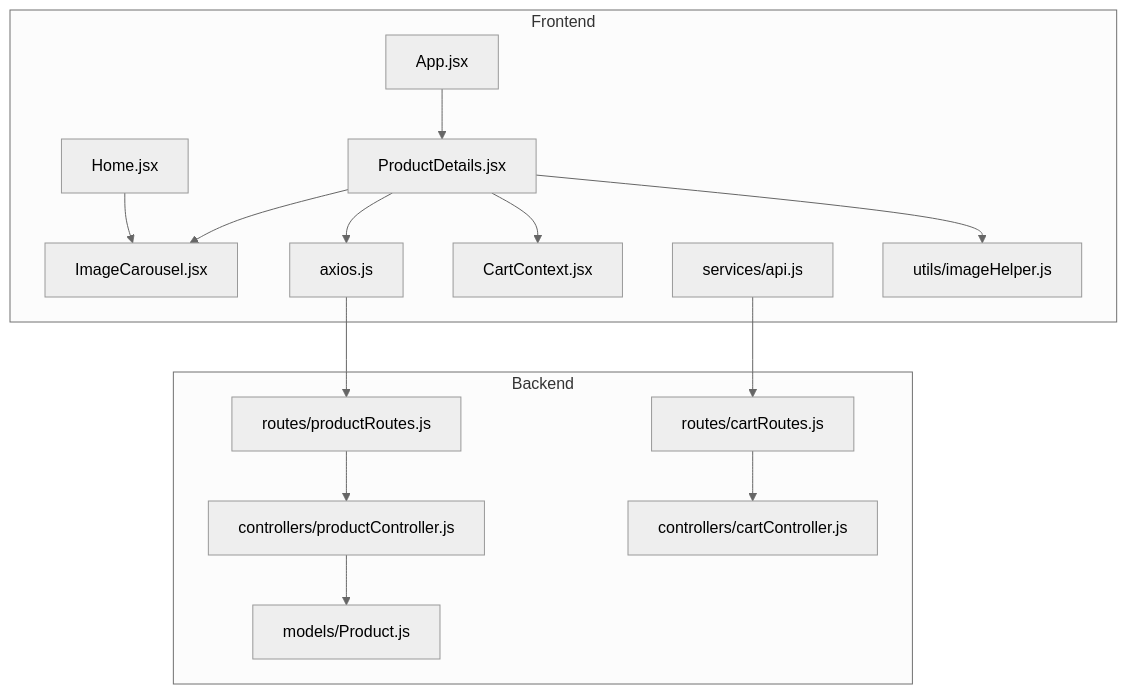
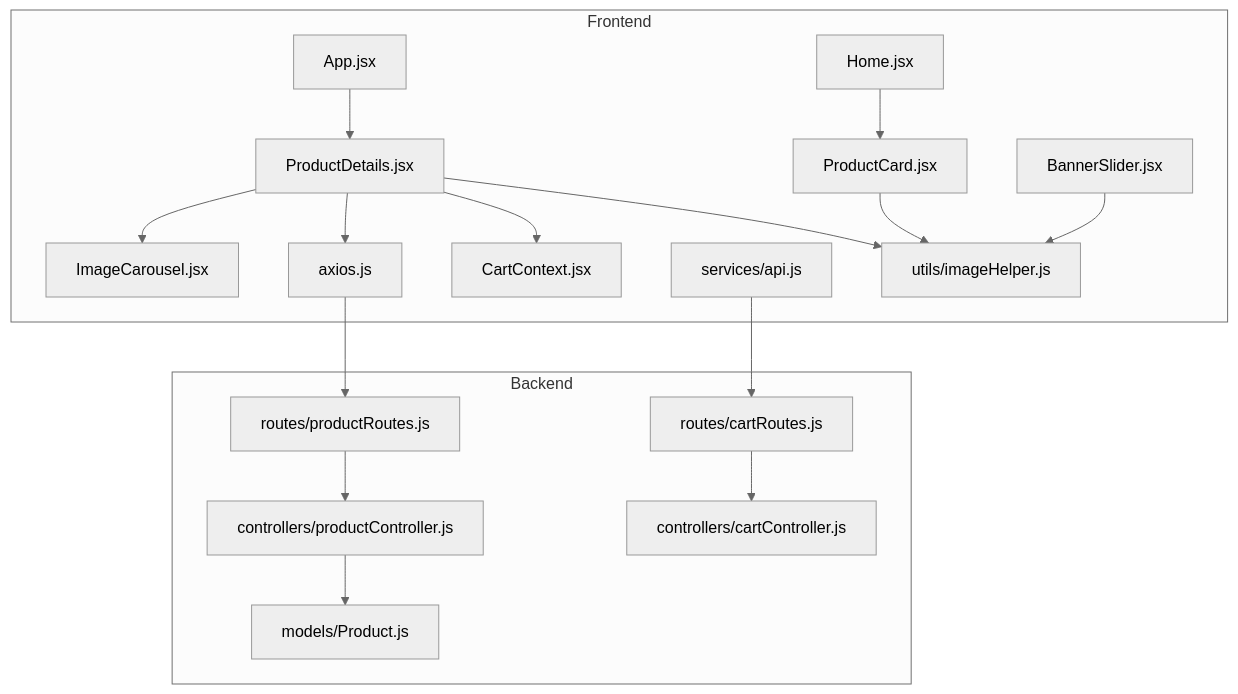
Before and after one commit to Pavan-PSPK9032/TrendsandToss: the first of 5 diagrams in .qoder/repowiki/en/content/Shopping Experience/Product Details & Selection.md, drawn with Mermaid (neutral theme). The commit also changed other lines of this file and 16 other files, not shown here.

````diff
--- a/.qoder/repowiki/en/content/Shopping Experience/Product Details & Selection.md
+++ b/.qoder/repowiki/en/content/Shopping Experience/Product Details & Selection.md
@@ -39,31 +49,35 @@
 ```mermaid
 graph TB
 subgraph "Frontend"
 PD["ProductDetails.jsx"]
 IC["ImageCarousel.jsx"]
 AX["axios.js"]
 CTX["CartContext.jsx"]
 API["services/api.js"]
 IMGU["utils/imageHelper.js"]
 APP["App.jsx"]
 HOME["Home.jsx"]
+PS["ProductCard.jsx"]
+BS["BannerSlider.jsx"]
 end
 subgraph "Backend"
 PRCTRL["controllers/productController.js"]
 CRTCTRL["controllers/cartController.js"]
 PRR["routes/productRoutes.js"]
 CRR["routes/cartRoutes.js"]
 PM["models/Product.js"]
 end
 APP --> PD
 PD --> IC
 PD --> AX
 PD --> CTX
 PD --> IMGU
-HOME --> IC
+HOME --> PS
+PS --> IMGU
+BS --> IMGU
 AX --> PRR
 API --> CRR
 PRR --> PRCTRL
 CRR --> CRTCTRL
 PRCTRL --> PM
 ```
````
